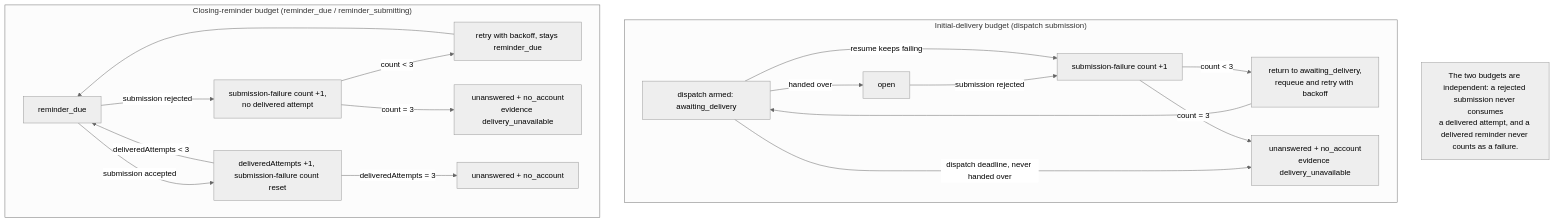
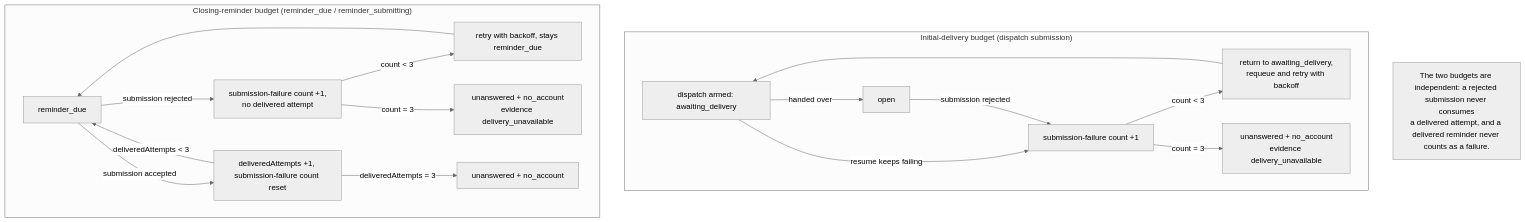
The fourth of 6 diagrams in docs/task-mcp.md (LelouchHe/webagent), drawn with Mermaid (neutral theme) before and after one commit. The commit also changed other lines of this file and 4 other files, not shown here.

````diff
--- a/docs/task-mcp.md
+++ b/docs/task-mcp.md
@@ -262,22 +262,21 @@
 ```mermaid
 flowchart TD
     subgraph Initial["Initial-delivery budget (dispatch submission)"]
         A0[dispatch armed: awaiting_delivery] -->|handed over| A1[open]
         A0 -->|resume keeps failing| A2[submission-failure count +1]
         A1 -->|submission rejected| A2
         A2 -->|count < 3| A3[return to awaiting_delivery,<br/>requeue and retry with backoff]
         A3 --> A0
         A2 -->|count = 3| A4[unanswered + no_account<br/>evidence delivery_unavailable]
-        A0 -->|dispatch deadline, never handed over| A4
     end
     subgraph Closing["Closing-reminder budget (reminder_due / reminder_submitting)"]
         B1[reminder_due] -->|submission rejected| B2[submission-failure count +1,<br/>no delivered attempt]
         B2 -->|count < 3| B3[retry with backoff, stays reminder_due]
         B3 --> B1
         B2 -->|count = 3| B4[unanswered + no_account<br/>evidence delivery_unavailable]
         B1 -->|submission accepted| B5[deliveredAttempts +1, submission-failure count reset]
         B5 -->|deliveredAttempts < 3| B1
         B5 -->|deliveredAttempts = 3| B6[unanswered + no_account]
     end
     Note[The two budgets are independent: a rejected submission never consumes<br/>a delivered attempt, and a delivered reminder never counts as a failure.]
 ```
````
